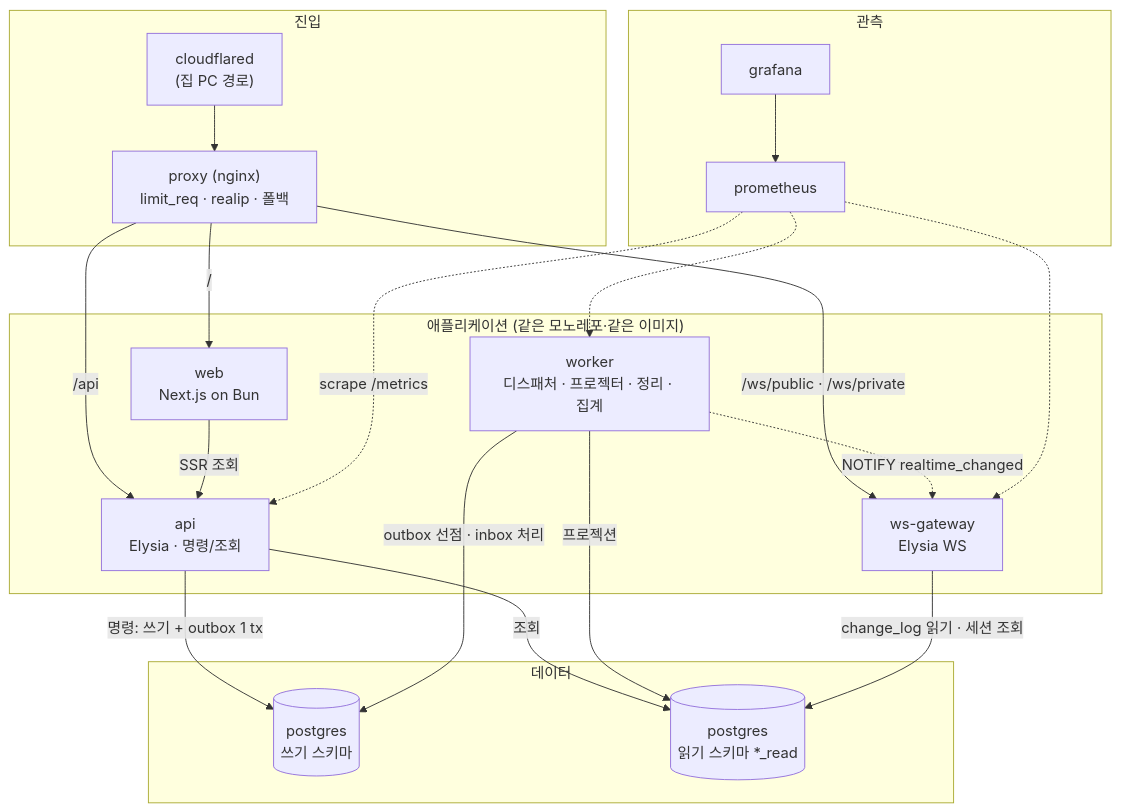
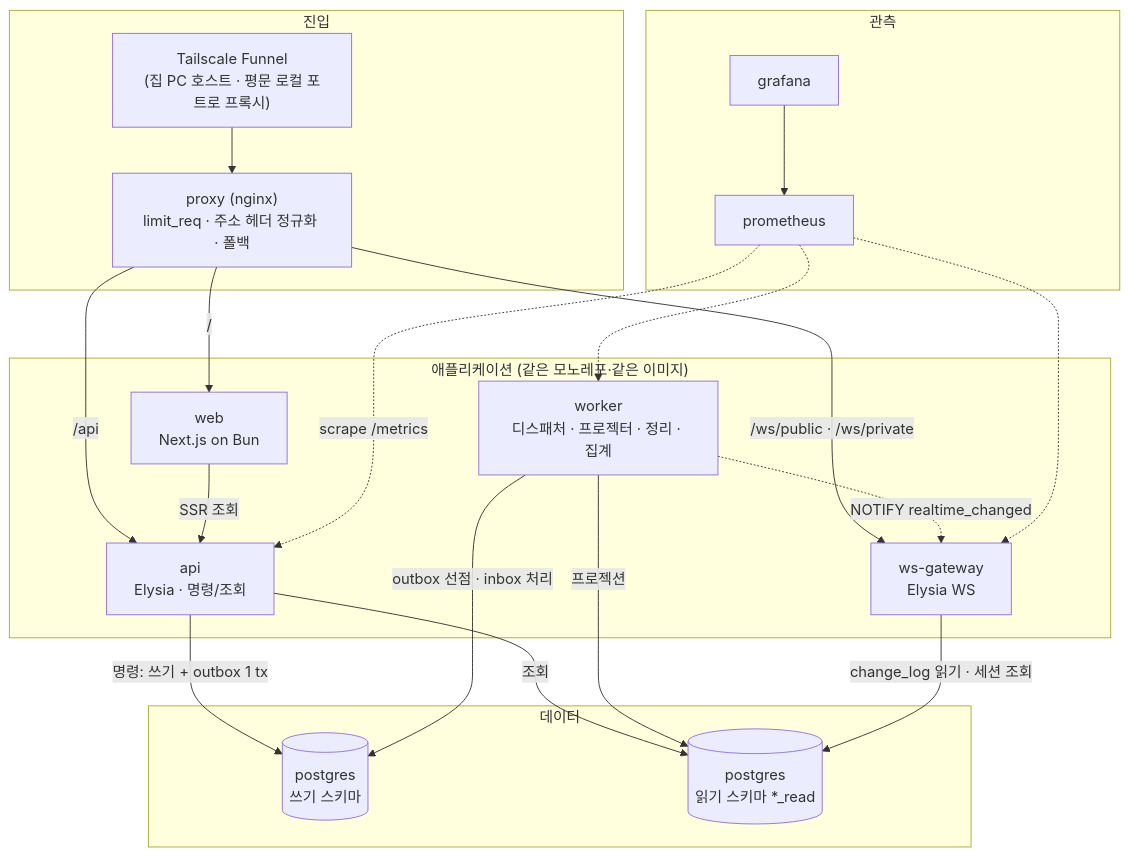
One commit to 1985jwlee/portpolio_backend changed the second of 9 diagrams in docs/design/00-system-overview.md. Above: the diagram before and after it, drawn with Mermaid. The commit also changed other lines of this file and 50 other files, not shown here.

````diff
--- a/docs/design/00-system-overview.md
+++ b/docs/design/00-system-overview.md
@@ -51,36 +54,36 @@
 ```mermaid
 flowchart TB
     subgraph edge["진입"]
-        CFD["cloudflared<br/>(집 PC 경로)"]
-        PX["proxy (nginx)<br/>limit_req · realip · 폴백"]
+        CFD["Tailscale Funnel<br/>(집 PC 호스트 · 평문 로컬 포트로 프록시)"]
+        PX["proxy (nginx)<br/>limit_req · 주소 헤더 정규화 · 폴백"]
     end
     subgraph app["애플리케이션 (같은 모노레포·같은 이미지)"]
         WEB["web<br/>Next.js on Bun"]
         API["api<br/>Elysia · 명령/조회"]
         WSG["ws-gateway<br/>Elysia WS"]
         WRK["worker<br/>디스패처 · 프로젝터 · 정리 · 집계"]
     end
     subgraph data["데이터"]
         PGW[("postgres<br/>쓰기 스키마")]
         PGR[("postgres<br/>읽기 스키마 *_read")]
     end
     subgraph obs["관측"]
         PROM["prometheus"]
         GRAF["grafana"]
     end
     CFD --> PX
     PX -->|"/"| WEB
     PX -->|"/api"| API
     PX -->|"/ws/public · /ws/private"| WSG
     WEB -->|"SSR 조회"| API
     API -->|"명령: 쓰기 + outbox 1 tx"| PGW
     API -->|"조회"| PGR
     WRK -->|"outbox 선점 · inbox 처리"| PGW
     WRK -->|"프로젝션"| PGR
     WRK -.->|"NOTIFY realtime_changed"| WSG
     WSG -->|"change_log 읽기 · 세션 조회"| PGR
     PROM -.->|"scrape /metrics"| API
     PROM -.-> WSG
     PROM -.-> WRK
     GRAF --> PROM
 ```
````
